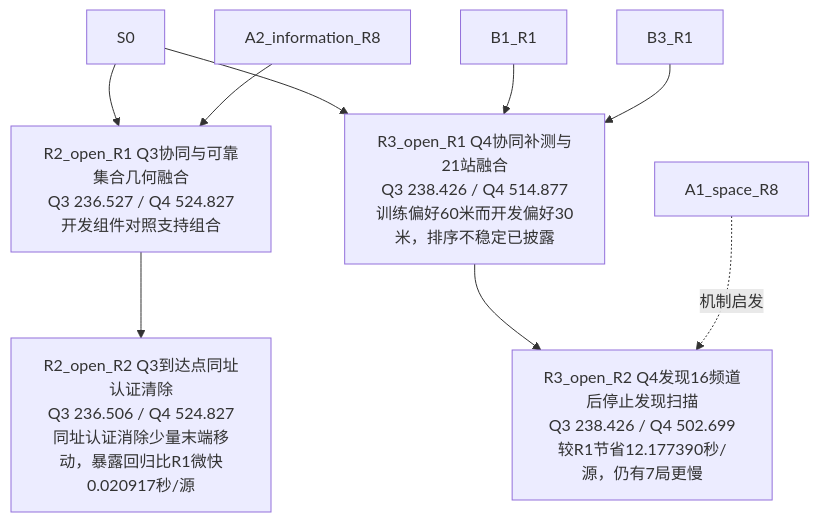
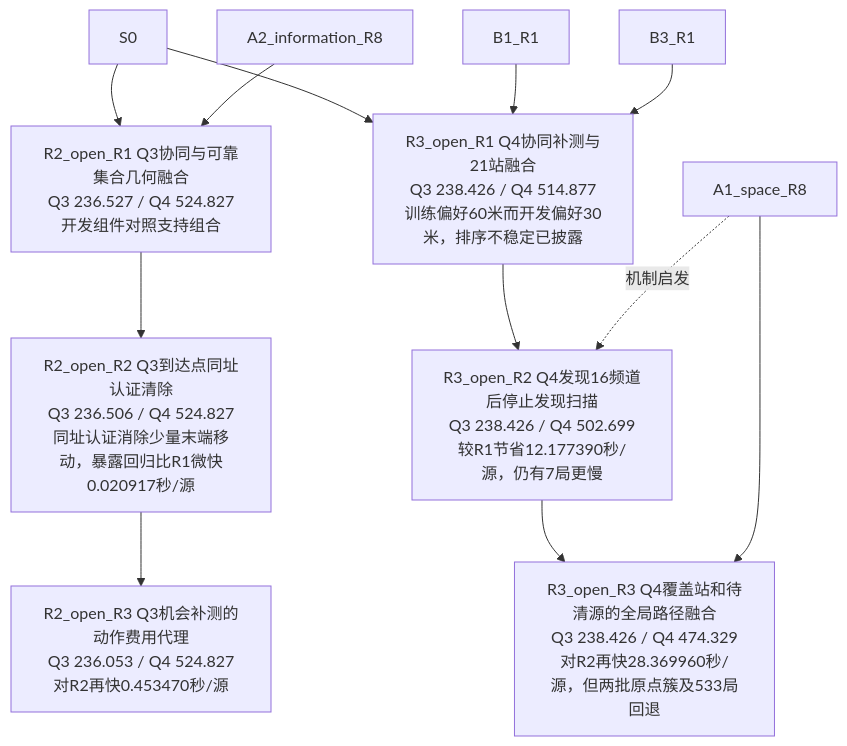
One commit to xiangguaguadadi-dot/cumcm2026-b changed the diagram in experiments/R1_atlas/STAGE3_PROGRESS.md. Above: the diagram before and after it, drawn with Mermaid. The commit also changed other lines of this file and 20 other files, not shown here.

````diff
--- a/experiments/R1_atlas/STAGE3_PROGRESS.md
+++ b/experiments/R1_atlas/STAGE3_PROGRESS.md
@@ -5,15 +5,20 @@
 ```mermaid
 flowchart TB
   R2_open_R1["R2_open_R1 Q3协同与可靠集合几何融合<br/>Q3 236.527 / Q4 524.827<br/>开发组件对照支持组合"]
   S0 --> R2_open_R1
   A2_information_R8 --> R2_open_R1
   R2_open_R2["R2_open_R2 Q3到达点同址认证清除<br/>Q3 236.506 / Q4 524.827<br/>同址认证消除少量末端移动，暴露回归比R1微快0.020917秒/源"]
   R2_open_R1 --> R2_open_R2
   R3_open_R1["R3_open_R1 Q4协同补测与21站融合<br/>Q3 238.426 / Q4 514.877<br/>训练偏好60米而开发偏好30米，排序不稳定已披露"]
   S0 --> R3_open_R1
   B1_R1 --> R3_open_R1
   B3_R1 --> R3_open_R1
   R3_open_R2["R3_open_R2 Q4发现16频道后停止发现扫描<br/>Q3 238.426 / Q4 502.699<br/>较R1节省12.177390秒/源，仍有7局更慢"]
   R3_open_R1 --> R3_open_R2
   A1_space_R8 -. "机制启发" .-> R3_open_R2
+  R2_open_R3["R2_open_R3 Q3机会补测的动作费用代理<br/>Q3 236.053 / Q4 524.827<br/>对R2再快0.453470秒/源"]
+  R2_open_R2 --> R2_open_R3
+  R3_open_R3["R3_open_R3 Q4覆盖站和待清源的全局路径融合<br/>Q3 238.426 / Q4 474.329<br/>对R2再快28.369960秒/源，但两批原点簇及533局回退"]
+  R3_open_R2 --> R3_open_R3
+  A1_space_R8 --> R3_open_R3
 ```
````
